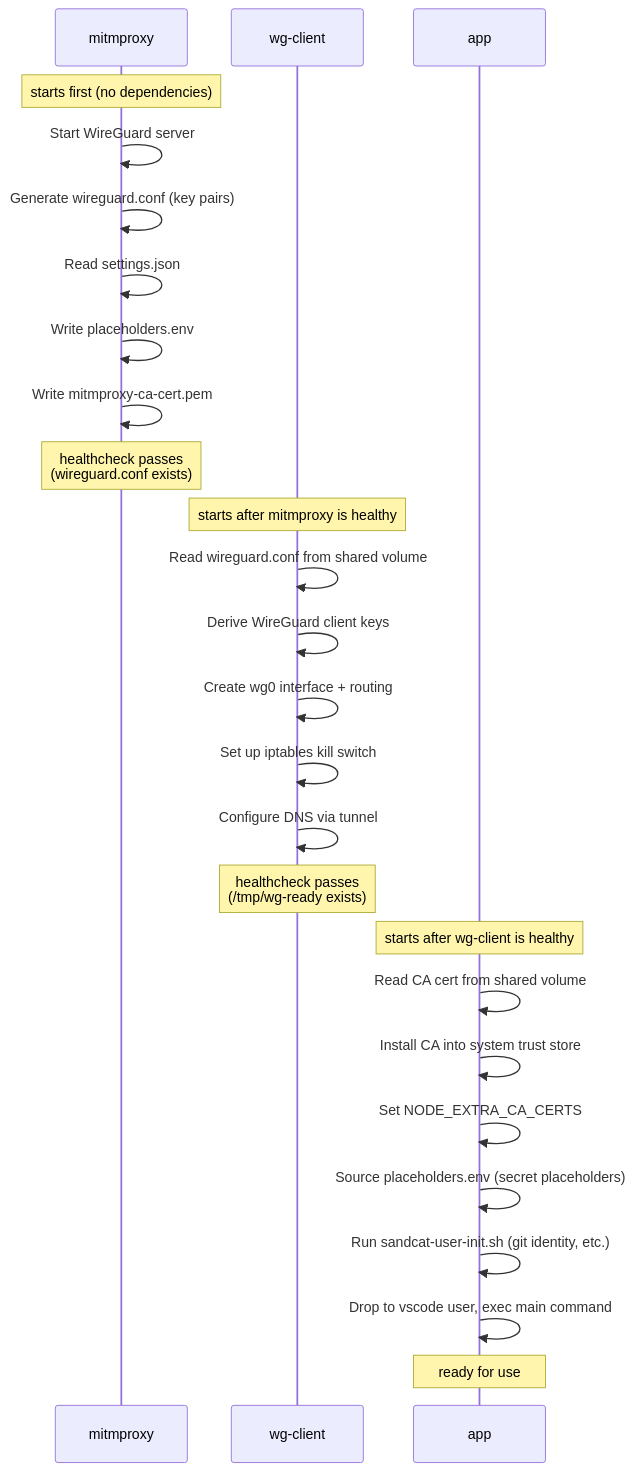
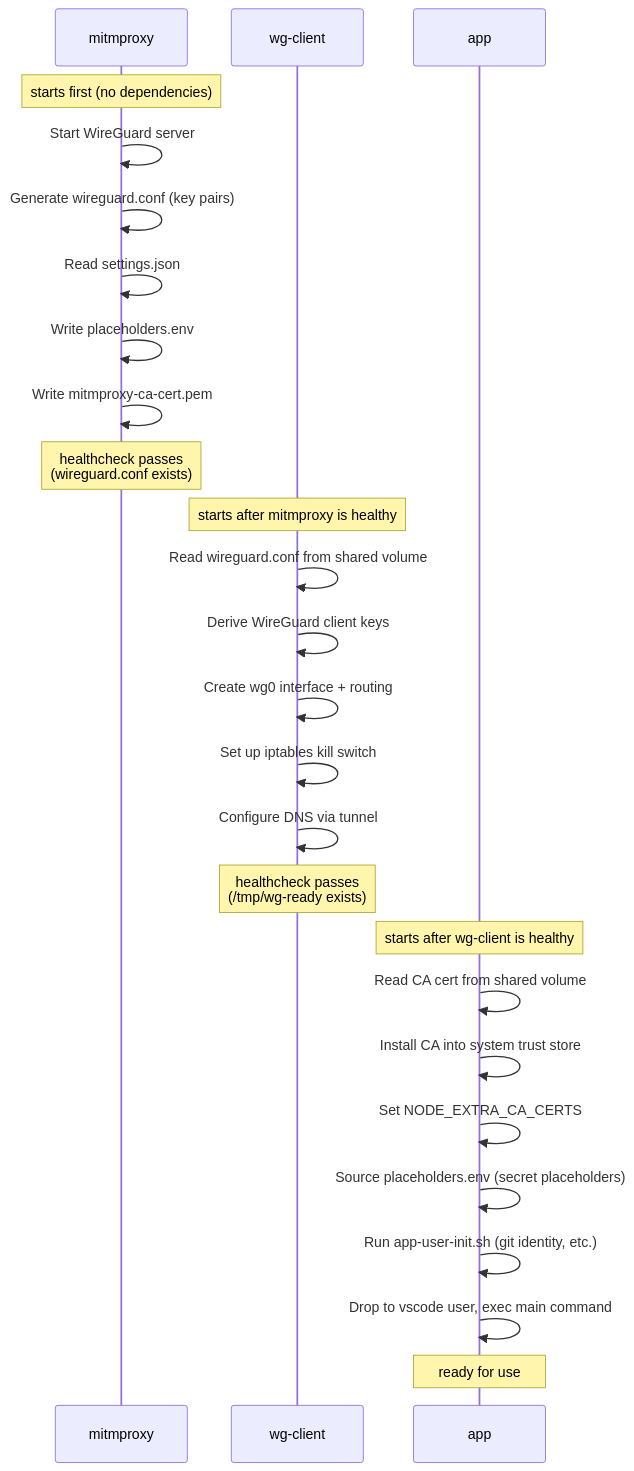
Before and after one commit to VirtusLab/sandcat: the third of 3 diagrams in README.md, drawn with Mermaid. The commit also changed other lines of this file and 11 other files, not shown here.

````diff
--- a/README.md
+++ b/README.md
@@ -363,31 +363,31 @@
 ```mermaid
 sequenceDiagram
     participant M as mitmproxy
     participant W as wg-client
     participant A as app
 
     Note over M: starts first (no dependencies)
     M->>M: Start WireGuard server
     M->>M: Generate wireguard.conf (key pairs)
     M->>M: Read settings.json
     M->>M: Write placeholders.env
     M->>M: Write mitmproxy-ca-cert.pem
     Note over M: healthcheck passes<br/>(wireguard.conf exists)
 
     Note over W: starts after mitmproxy is healthy
     W->>W: Read wireguard.conf from shared volume
     W->>W: Derive WireGuard client keys
     W->>W: Create wg0 interface + routing
     W->>W: Set up iptables kill switch
     W->>W: Configure DNS via tunnel
     Note over W: healthcheck passes<br/>(/tmp/wg-ready exists)
 
     Note over A: starts after wg-client is healthy
     A->>A: Read CA cert from shared volume
     A->>A: Install CA into system trust store
     A->>A: Set NODE_EXTRA_CA_CERTS
     A->>A: Source placeholders.env (secret placeholders)
-    A->>A: Run sandcat-user-init.sh (git identity, etc.)
+    A->>A: Run app-user-init.sh (git identity, etc.)
     A->>A: Drop to vscode user, exec main command
     Note over A: ready for use
 ```
````
